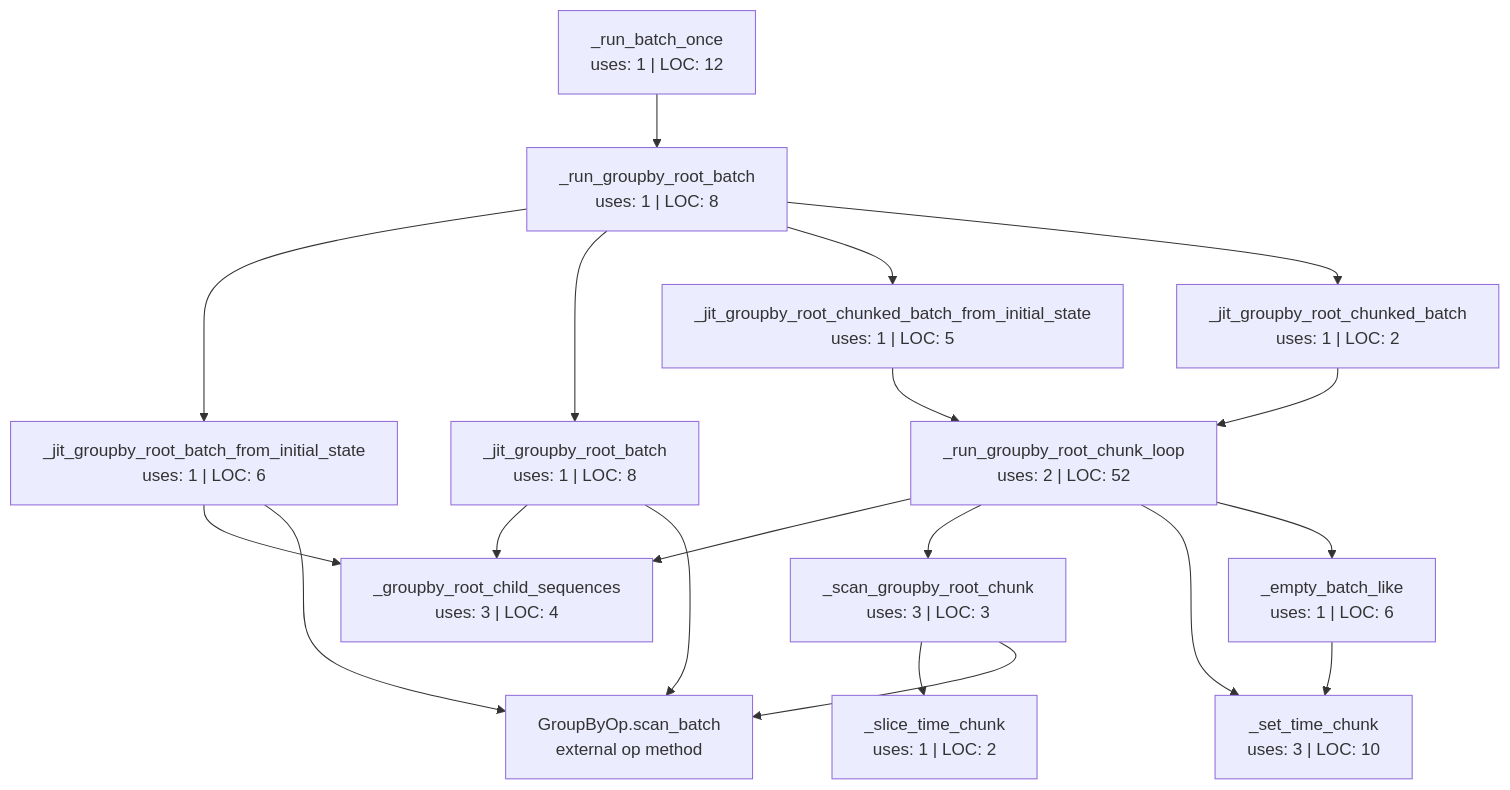
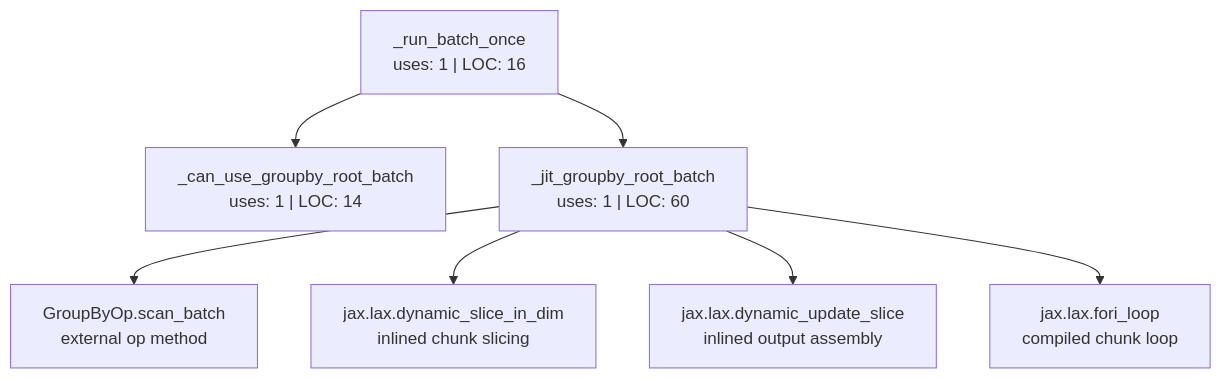
Before and after one commit to ak5ms/dag: the diagram in docs/jax_flat_groupby_root_batch_dependency_graph.md, drawn with Mermaid. The commit also changed other lines of this file and 1 other file, not shown here.

Commit message:
Inline small groupby root batch helpers

````diff
--- a/docs/jax_flat_groupby_root_batch_dependency_graph.md
+++ b/docs/jax_flat_groupby_root_batch_dependency_graph.md
@@ -16,25 +19,10 @@
 ```mermaid
 flowchart TD
-    RBO["_run_batch_once\nuses: 1 | LOC: 12"] --> RGB["_run_groupby_root_batch\nuses: 1 | LOC: 8"]
+    RBO["_run_batch_once\nuses: 1 | LOC: 16"] --> CAN["_can_use_groupby_root_batch\nuses: 1 | LOC: 14"]
+    RBO --> JIT["_jit_groupby_root_batch\nuses: 1 | LOC: 60"]
 
-    RGB --> INIT["_jit_groupby_root_batch_from_initial_state\nuses: 1 | LOC: 6"]
-    RGB --> JIT["_jit_groupby_root_batch\nuses: 1 | LOC: 8"]
-    RGB --> CINIT["_jit_groupby_root_chunked_batch_from_initial_state\nuses: 1 | LOC: 5"]
-    RGB --> CJIT["_jit_groupby_root_chunked_batch\nuses: 1 | LOC: 2"]
-
-    INIT --> CHILD["_groupby_root_child_sequences\nuses: 3 | LOC: 4"]
-    JIT --> CHILD
-    CINIT --> LOOP["_run_groupby_root_chunk_loop\nuses: 2 | LOC: 52"]
-    CJIT --> LOOP
-
-    LOOP --> CHILD
-    LOOP --> SCAN["_scan_groupby_root_chunk\nuses: 3 | LOC: 3"]
-    LOOP --> SET["_set_time_chunk\nuses: 3 | LOC: 10"]
-    LOOP --> EMPTY["_empty_batch_like\nuses: 1 | LOC: 6"]
-
-    SCAN --> SLICE["_slice_time_chunk\nuses: 1 | LOC: 2"]
-    SCAN --> GSCAN["GroupByOp.scan_batch\nexternal op method"]
-    INIT --> GSCAN
-    JIT --> GSCAN
-    EMPTY --> SET
+    JIT --> GSCAN["GroupByOp.scan_batch\nexternal op method"]
+    JIT --> DSLICE["jax.lax.dynamic_slice_in_dim\ninlined chunk slicing"]
+    JIT --> DUPDATE["jax.lax.dynamic_update_slice\ninlined output assembly"]
+    JIT --> FORI["jax.lax.fori_loop\ncompiled chunk loop"]
 ```
````
